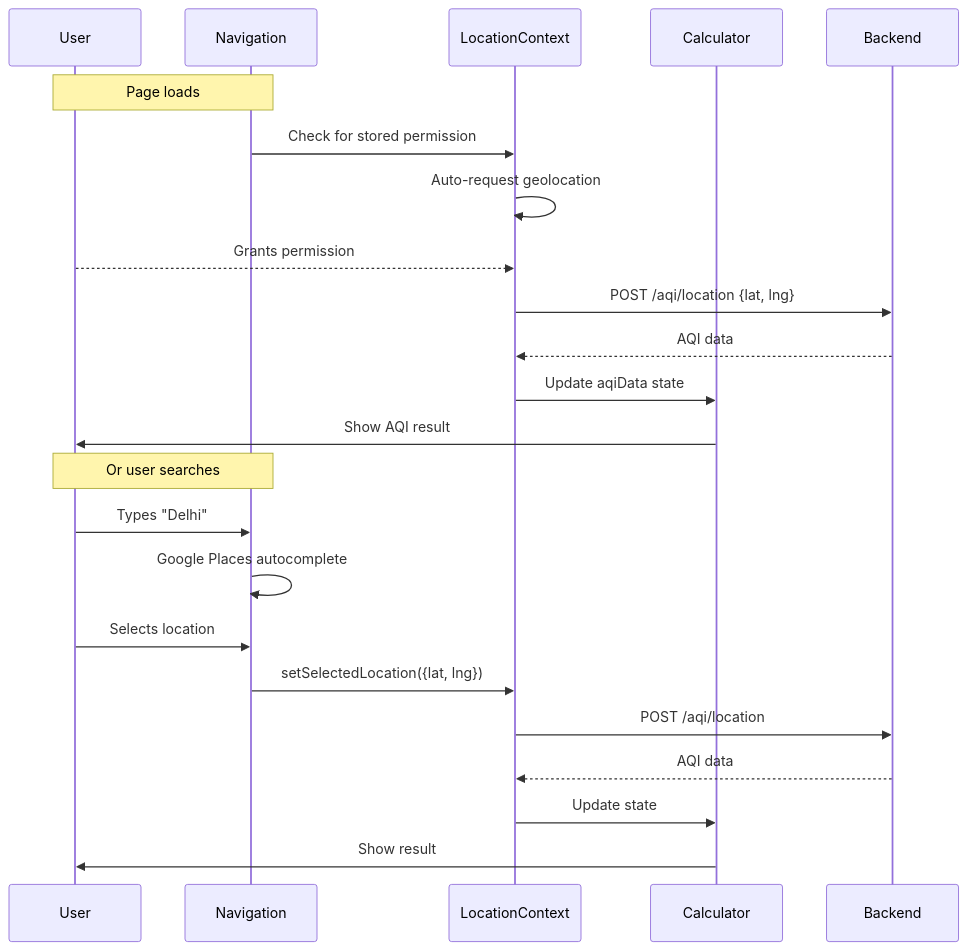
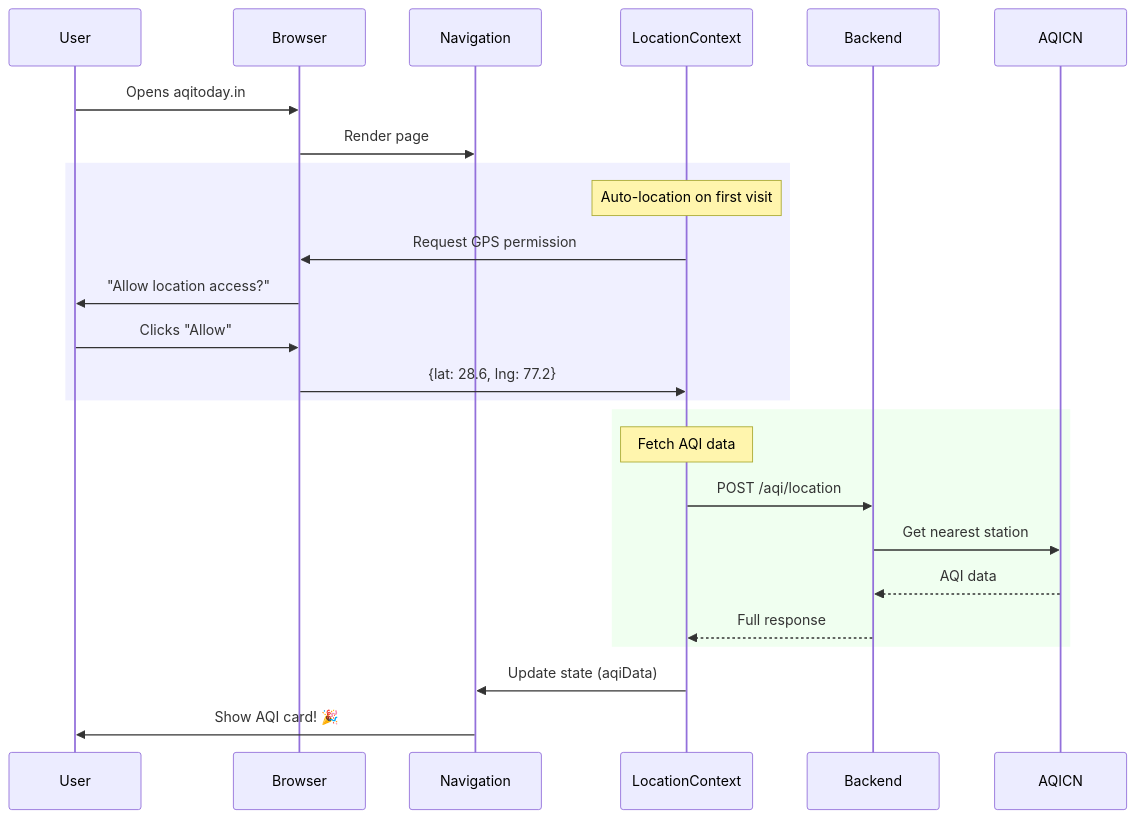
The tenth of 12 diagrams in frontend/README.md (theaiguy1987/aqi_app), drawn with Mermaid before and after one commit. The commit also changed other lines of this file and 4 other files, not shown here.

````diff
--- a/frontend/README.md
+++ b/frontend/README.md
@@ -643,27 +679,31 @@
 ```mermaid
 sequenceDiagram
     participant User
+    participant Browser
     participant Navigation
-    participant LocationContext
-    participant Calculator
+    participant Context as LocationContext
     participant Backend
+    participant AQICN
 
-    Note over User,Navigation: Page loads
-    Navigation->>LocationContext: Check for stored permission
-    LocationContext->>LocationContext: Auto-request geolocation
-    User-->>LocationContext: Grants permission
-    LocationContext->>Backend: POST /aqi/location {lat, lng}
-    Backend-->>LocationContext: AQI data
-    LocationContext->>Calculator: Update aqiData state
-    Calculator->>User: Show AQI result
-
-    Note over User,Navigation: Or user searches
-    User->>Navigation: Types "Delhi"
-    Navigation->>Navigation: Google Places autocomplete
-    User->>Navigation: Selects location
-    Navigation->>LocationContext: setSelectedLocation({lat, lng})
-    LocationContext->>Backend: POST /aqi/location
-    Backend-->>LocationContext: AQI data
-    LocationContext->>Calculator: Update state
-    Calculator->>User: Show result
+    User->>Browser: Opens aqitoday.in
+    Browser->>Navigation: Render page
+    
+    rect rgb(240, 240, 255)
+        Note over Context: Auto-location on first visit
+        Context->>Browser: Request GPS permission
+        Browser->>User: "Allow location access?"
+        User->>Browser: Clicks "Allow"
+        Browser->>Context: {lat: 28.6, lng: 77.2}
+    end
+    
+    rect rgb(240, 255, 240)
+        Note over Context: Fetch AQI data
+        Context->>Backend: POST /aqi/location
+        Backend->>AQICN: Get nearest station
+        AQICN-->>Backend: AQI data
+        Backend-->>Context: Full response
+    end
+    
+    Context->>Navigation: Update state (aqiData)
+    Navigation->>User: Show AQI card! 🎉
 ```
````
